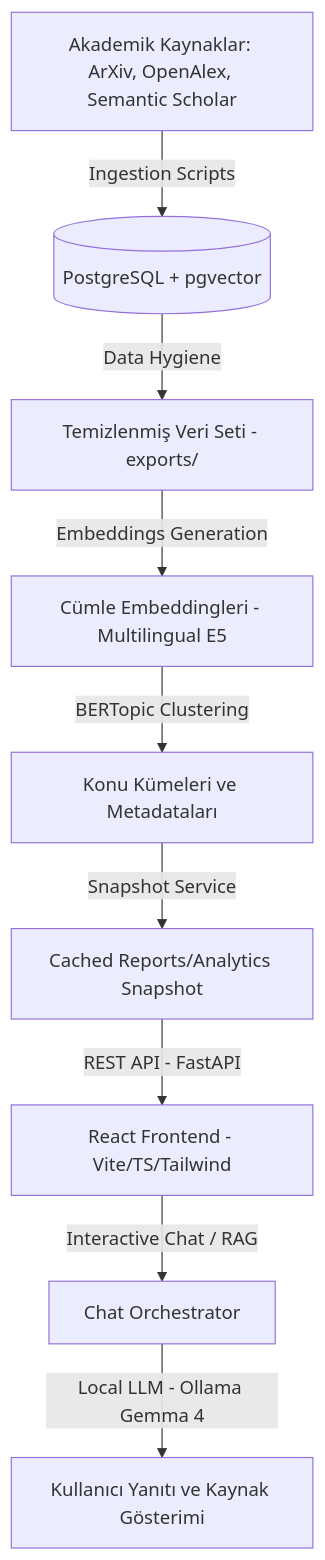
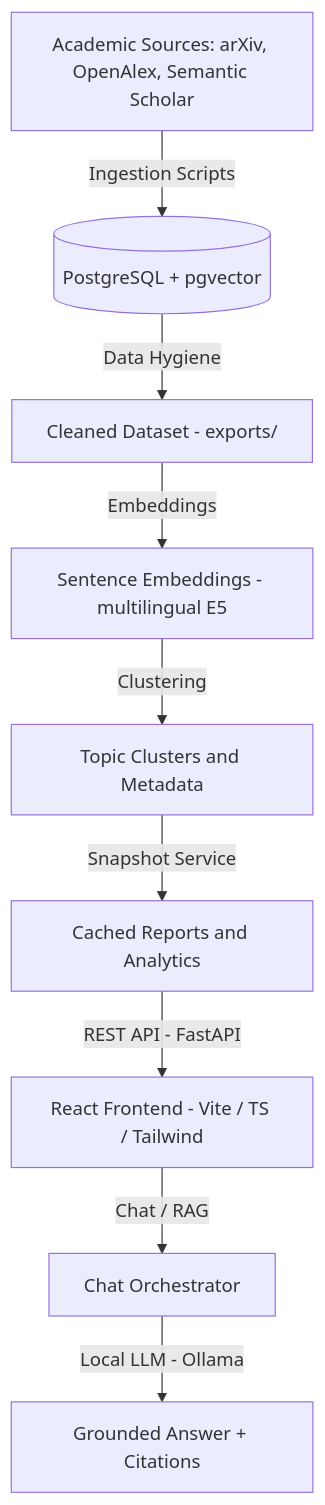
Before and after one commit to Faruk-TEKIN/litera-insight: the diagram in README.md, drawn with Mermaid. The commit also changed other lines of this file and 8 other files, not shown here.

````diff
--- a/README.md
+++ b/README.md
@@ -23,11 +76,11 @@
 ```mermaid
 graph TD
-    A[Akademik Kaynaklar: ArXiv, OpenAlex, Semantic Scholar] -->|Ingestion Scripts| B[(PostgreSQL + pgvector)]
-    B -->|Data Hygiene| C[Temizlenmiş Veri Seti - exports/]
-    C -->|Embeddings Generation| D[Cümle Embeddingleri - Multilingual E5]
-    D -->|BERTopic Clustering| E[Konu Kümeleri ve Metadataları]
-    E -->|Snapshot Service| F[Cached Reports/Analytics Snapshot]
-    F -->|REST API - FastAPI| G[React Frontend - Vite/TS/Tailwind]
-    G -->|Interactive Chat / RAG| H[Chat Orchestrator]
-    H -->|Local LLM - Ollama Gemma 4| I[Kullanıcı Yanıtı ve Kaynak Gösterimi]
+    A[Academic Sources: arXiv, OpenAlex, Semantic Scholar] -->|Ingestion Scripts| B[(PostgreSQL + pgvector)]
+    B -->|Data Hygiene| C[Cleaned Dataset - exports/]
+    C -->|Embeddings| D[Sentence Embeddings - multilingual E5]
+    D -->|Clustering| E[Topic Clusters and Metadata]
+    E -->|Snapshot Service| F[Cached Reports and Analytics]
+    F -->|REST API - FastAPI| G[React Frontend - Vite / TS / Tailwind]
+    G -->|Chat / RAG| H[Chat Orchestrator]
+    H -->|Local LLM - Ollama| I[Grounded Answer + Citations]
 ```
````
